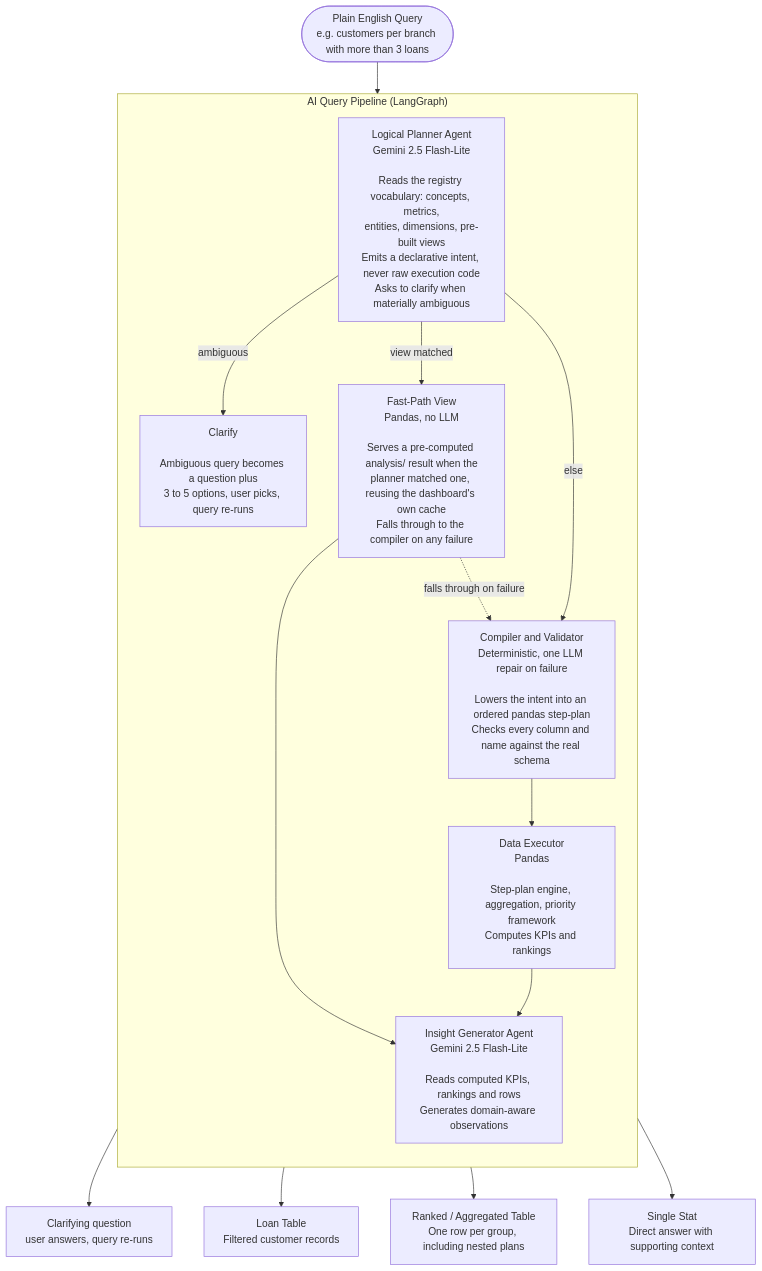
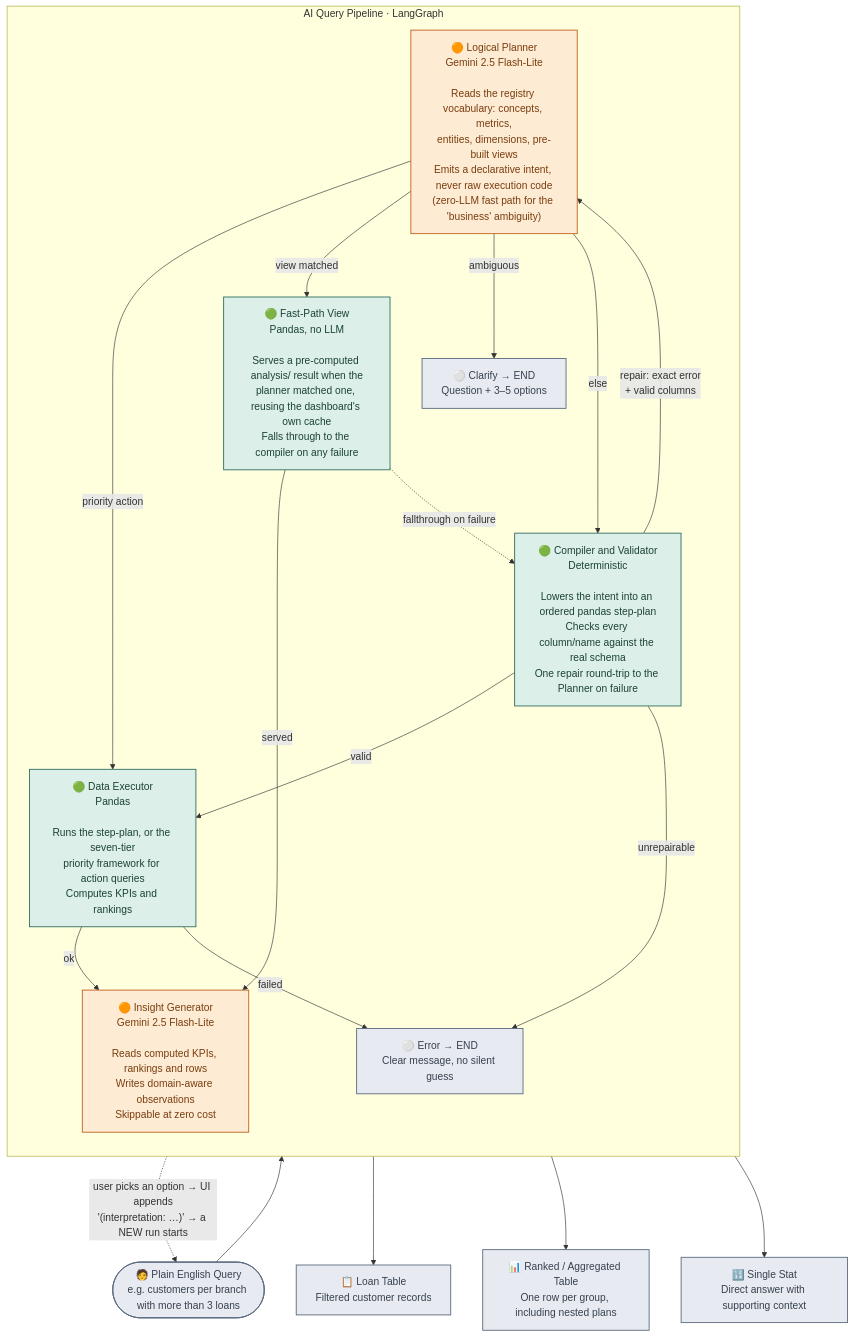
One commit to Sanjay-00/CollectionIQ changed the first of 3 diagrams in README.md. Above: the diagram before and after it, drawn with Mermaid. The commit also changed other lines of this file, not shown here.

Commit message:
Updated Architecture

````diff
--- a/README.md
+++ b/README.md
@@ -250,25 +254,39 @@
 ```mermaid
 flowchart TD
-    User(["Plain English Query\ne.g. customers per branch with more than 3 loans"])
+    User(["🧑 Plain English Query\ne.g. customers per branch with more than 3 loans"]) --> LP
 
-    User --> LP
+    subgraph QP ["  AI Query Pipeline · LangGraph  "]
+        direction TB
+        LP["🟠 Logical Planner\nGemini 2.5 Flash-Lite\n\nReads the registry vocabulary: concepts, metrics,\nentities, dimensions, pre-built views\nEmits a declarative intent, never raw execution code\n(zero-LLM fast path for the 'business' ambiguity)"]
+        VW["🟢 Fast-Path View\nPandas, no LLM\n\nServes a pre-computed analysis/ result when the\nplanner matched one, reusing the dashboard's own cache\nFalls through to the compiler on any failure"]
+        CV["🟢 Compiler and Validator\nDeterministic\n\nLowers the intent into an ordered pandas step-plan\nChecks every column/name against the real schema\nOne repair round-trip to the Planner on failure"]
+        EX["🟢 Data Executor\nPandas\n\nRuns the step-plan, or the seven-tier\npriority framework for action queries\nComputes KPIs and rankings"]
+        IG["🟠 Insight Generator\nGemini 2.5 Flash-Lite\n\nReads computed KPIs, rankings and rows\nWrites domain-aware observations\nSkippable at zero cost"]
+        CL["⚪ Clarify → END\nQuestion + 3–5 options"]
+        ERR["⚪ Error → END\nClear message, no silent guess"]
 
-    subgraph QP ["  AI Query Pipeline  (LangGraph)  "]
-        direction TB
-        LP["Logical Planner Agent\nGemini 2.5 Flash-Lite\n\nReads the registry vocabulary: concepts, metrics,\nentities, dimensions, pre-built views\nEmits a declarative intent, never raw execution code\nAsks to clarify when materially ambiguous"]
-        CL["Clarify\n\nAmbiguous query becomes a question plus\n3 to 5 options, user picks, query re-runs"]
-        VW["Fast-Path View\nPandas, no LLM\n\nServes a pre-computed analysis/ result when the\nplanner matched one, reusing the dashboard's own cache\nFalls through to the compiler on any failure"]
-        CV["Compiler and Validator\nDeterministic, one LLM repair on failure\n\nLowers the intent into an ordered pandas step-plan\nChecks every column and name against the real schema"]
-        EX["Data Executor\nPandas\n\nStep-plan engine, aggregation, priority framework\nComputes KPIs and rankings"]
-        IG["Insight Generator Agent\nGemini 2.5 Flash-Lite\n\nReads computed KPIs, rankings and rows\nGenerates domain-aware observations"]
+        LP -->|priority action| EX
+        LP -->|view matched| VW
         LP -->|ambiguous| CL
-        LP -->|view matched| VW --> IG
-        LP -->|else| CV --> EX --> IG
-        VW -.falls through on failure.-> CV
+        LP -->|else| CV
+        VW -->|served| IG
+        VW -.fallthrough on failure.-> CV
+        CV -->|"repair: exact error\n+ valid columns"| LP
+        CV -->|valid| EX
+        CV -->|unrepairable| ERR
+        EX -->|ok| IG
+        EX -->|failed| ERR
     end
 
-    CL --> RQ["Clarifying question\nuser answers, query re-runs"]
-    IG --> R1["Loan Table\nFiltered customer records"]
-    IG --> R2["Ranked / Aggregated Table\nOne row per group, including nested plans"]
-    IG --> R3["Single Stat\nDirect answer with supporting context"]
+    CL -.->|"user picks an option → UI appends\n'(interpretation: …)' → a NEW run starts"| User
+    IG --> R1["📋 Loan Table\nFiltered customer records"]
+    IG --> R2["📊 Ranked / Aggregated Table\nOne row per group, including nested plans"]
+    IG --> R3["🔢 Single Stat\nDirect answer with supporting context"]
+
+    classDef llm fill:#FDEBD3,stroke:#C1611D,color:#7A3D0F,stroke-width:1.4px;
+    classDef det fill:#DCEFE9,stroke:#2F6F5E,color:#1C4238,stroke-width:1.4px;
+    classDef neutral fill:#E7EAF0,stroke:#5B6B7F,color:#37414F,stroke-width:1.4px;
+    class LP,IG llm;
+    class VW,CV,EX det;
+    class User,CL,ERR,R1,R2,R3 neutral;
 ```
````
